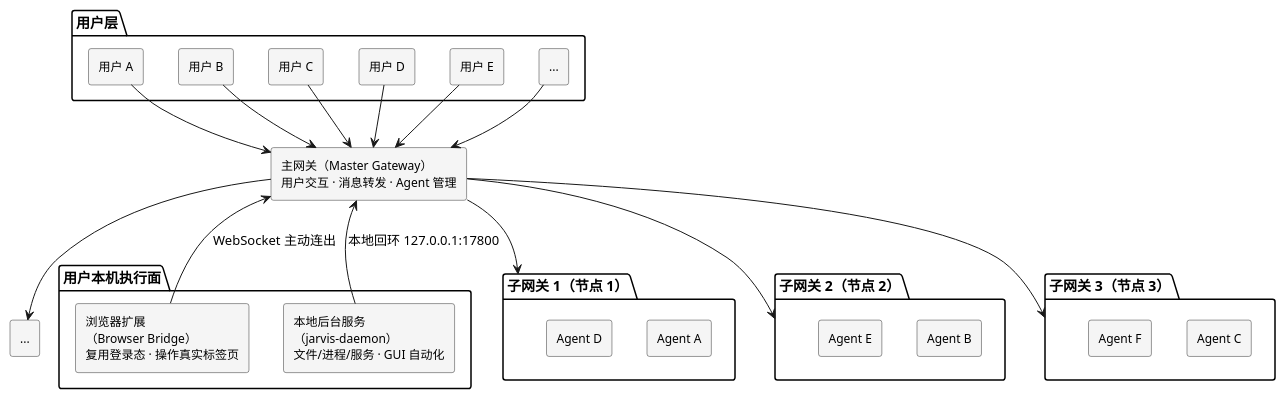
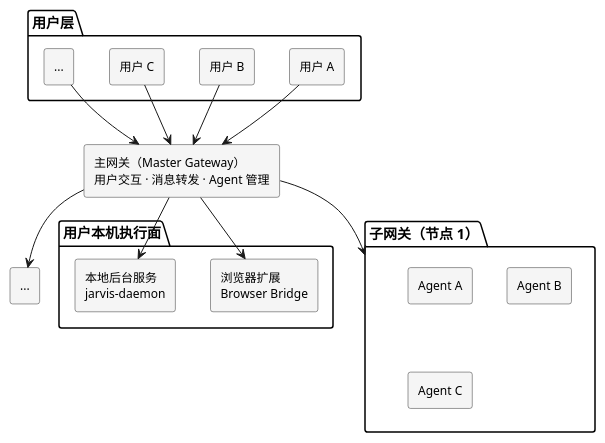
Before and after one commit to skyfireitdiy/Jarvis: the first of 29 diagrams in docs/competition/collaboration_modes.md, drawn with PlantUML.

Commit message:
[Jarvis Code Agent提交] docs(competition): 简化协作模式架构图
更新协作模式文档中的架构图，移除冗余的多子网关和用户节点，统一为单一子网关结构，并调整用户本机执行面的连接方向为主动下发模式，使架构更清晰简洁。

````diff
--- a/docs/competition/collaboration_modes.md
+++ b/docs/competition/collaboration_modes.md
@@ -140,60 +140,44 @@
 ```plantuml
 @startuml
 skinparam componentStyle rectangle
 skinparam backgroundColor #FFFFFF
 skinparam component {
   BackgroundColor #F5F5F5
   BorderColor #333333
   FontSize 12
 }
 
 package "用户层" {
   component "用户 A" as ua
   component "用户 B" as ub
   component "用户 C" as uc
-  component "用户 D" as ud
-  component "用户 E" as ue
   component "..." as ux
-}
-
-package "用户本机执行面" {
-  component "浏览器扩展\n（Browser Bridge）\n复用登录态 · 操作真实标签页" as ext
-  component "本地后台服务\n（jarvis-daemon）\n文件/进程/服务 · GUI 自动化" as daemon
 }
 
 component "主网关（Master Gateway）\n用户交互 · 消息转发 · Agent 管理" as master
 
-package "子网关 1（节点 1）" as gw1 {
-  component "Agent A" as a1
-  component "Agent D" as a4
+package "用户本机执行面" {
+  component "浏览器扩展\nBrowser Bridge" as ext
+  component "本地后台服务\njarvis-daemon" as daemon
 }
 
-package "子网关 2（节点 2）" as gw2 {
+package "子网关（节点 1）" as gw1 {
+  component "Agent A" as a1
   component "Agent B" as a2
-  component "Agent E" as a5
-}
-
-package "子网关 3（节点 3）" as gw3 {
   component "Agent C" as a3
-  component "Agent F" as a6
 }
 
 component "..." as gwx
 
 ua --> master
 ub --> master
 uc --> master
-ud --> master
-ue --> master
 ux --> master
 
 master --> gw1
-master --> gw2
-master --> gw3
 master --> gwx
-
-ext -up-> master : WebSocket 主动连出
-daemon -up-> master : 本地回环 127.0.0.1:17800
+master -down-> ext
+master -down-> daemon
 
 @enduml
 ```
````
